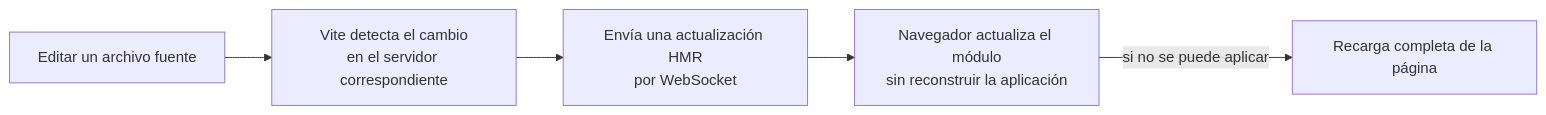
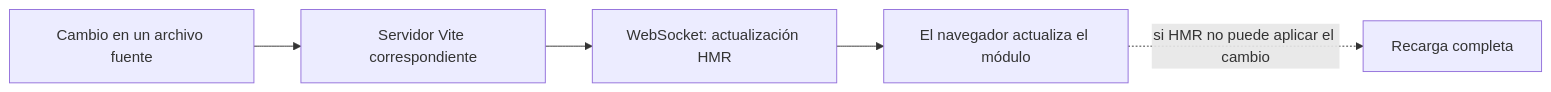
One commit to Umbrabilis/veterinarIA-web changed the third of 3 diagrams in README.md. Above: the diagram before and after it, drawn with Mermaid. The commit also changed other lines of this file, not shown here.

````diff
--- a/README.md
+++ b/README.md
@@ -87,7 +154,7 @@
 ```mermaid
 flowchart LR
-    Edit["Editar un archivo fuente"] --> Vite["Vite detecta el cambio<br/>en el servidor correspondiente"]
-    Vite --> HMR["Envía una actualización HMR<br/>por WebSocket"]
-    HMR --> Browser["Navegador actualiza el módulo<br/>sin reconstruir la aplicación"]
-    Browser -->|si no se puede aplicar| Reload["Recarga completa de la página"]
+    Edit["Cambio en un archivo fuente"] --> Vite["Servidor Vite correspondiente"]
+    Vite --> WS["WebSocket: actualización HMR"]
+    WS --> Browser["El navegador actualiza el módulo"]
+    Browser -. "si HMR no puede aplicar el cambio" .-> Reload["Recarga completa"]
 ```
````
